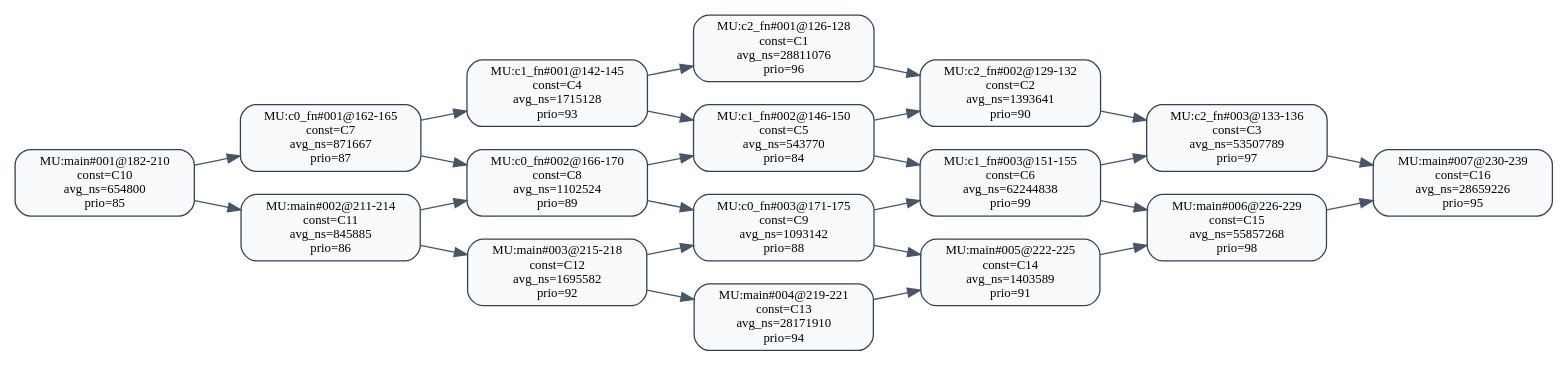
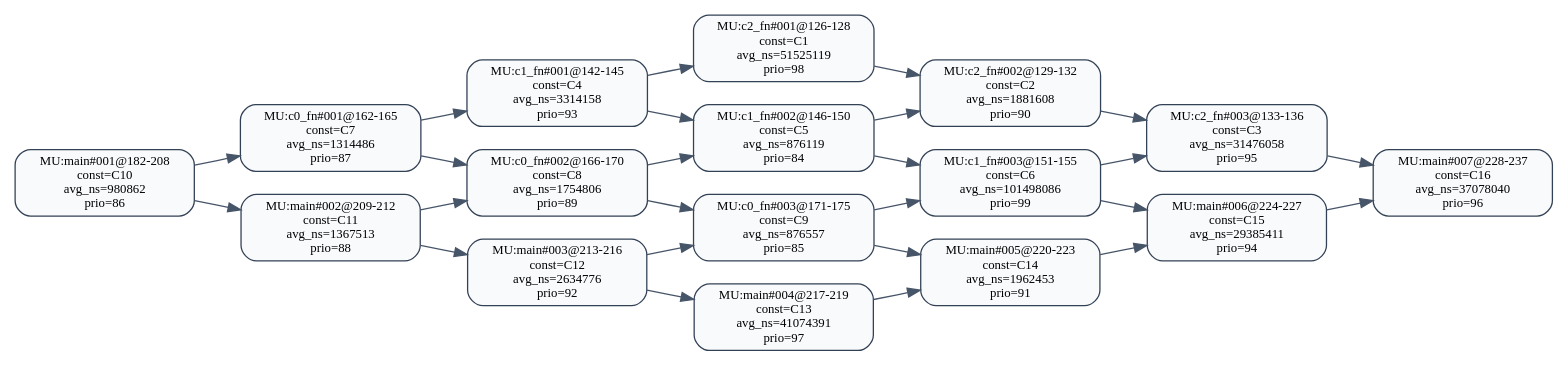
One commit to RTS-SYSU/DAG-Gen changed the diagram in 中间结果/zhang1/pipeline/validation/level2/effective_line_merge/wcet_first/dag_seg_annotated.dot. Above: the diagram before and after it, drawn with Graphviz. The commit also changed 4464 other files, not shown here.

```diff
--- a/中间结果/zhang1/pipeline/validation/level2/effective_line_merge/wcet_first/dag_seg_annotated.dot
+++ b/中间结果/zhang1/pipeline/validation/level2/effective_line_merge/wcet_first/dag_seg_annotated.dot
@@ -1,45 +1,45 @@
 digraph dag_seg_annotated {
   rankdir=LR;
   node [shape=box, style="rounded,filled", fillcolor="#F8FAFC", color="#334155", fontsize=10];
   edge [color="#475569"];
-  "MU:c0_fn#001@162-165" [label="MU:c0_fn#001@162-165\nconst=C7\navg_ns=871667\nprio=87"];
-  "MU:c0_fn#002@166-170" [label="MU:c0_fn#002@166-170\nconst=C8\navg_ns=1102524\nprio=89"];
-  "MU:c0_fn#003@171-175" [label="MU:c0_fn#003@171-175\nconst=C9\navg_ns=1093142\nprio=88"];
-  "MU:c1_fn#001@142-145" [label="MU:c1_fn#001@142-145\nconst=C4\navg_ns=1715128\nprio=93"];
-  "MU:c1_fn#002@146-150" [label="MU:c1_fn#002@146-150\nconst=C5\navg_ns=543770\nprio=84"];
-  "MU:c1_fn#003@151-155" [label="MU:c1_fn#003@151-155\nconst=C6\navg_ns=62244838\nprio=99"];
-  "MU:c2_fn#001@126-128" [label="MU:c2_fn#001@126-128\nconst=C1\navg_ns=28811076\nprio=96"];
-  "MU:c2_fn#002@129-132" [label="MU:c2_fn#002@129-132\nconst=C2\navg_ns=1393641\nprio=90"];
-  "MU:c2_fn#003@133-136" [label="MU:c2_fn#003@133-136\nconst=C3\navg_ns=53507789\nprio=97"];
-  "MU:main#001@182-210" [label="MU:main#001@182-210\nconst=C10\navg_ns=654800\nprio=85"];
-  "MU:main#002@211-214" [label="MU:main#002@211-214\nconst=C11\navg_ns=845885\nprio=86"];
-  "MU:main#003@215-218" [label="MU:main#003@215-218\nconst=C12\navg_ns=1695582\nprio=92"];
-  "MU:main#004@219-221" [label="MU:main#004@219-221\nconst=C13\navg_ns=28171910\nprio=94"];
-  "MU:main#005@222-225" [label="MU:main#005@222-225\nconst=C14\navg_ns=1403589\nprio=91"];
-  "MU:main#006@226-229" [label="MU:main#006@226-229\nconst=C15\navg_ns=55857268\nprio=98"];
-  "MU:main#007@230-239" [label="MU:main#007@230-239\nconst=C16\navg_ns=28659226\nprio=95"];
+  "MU:c0_fn#001@162-165" [label="MU:c0_fn#001@162-165\nconst=C7\navg_ns=1314486\nprio=87"];
+  "MU:c0_fn#002@166-170" [label="MU:c0_fn#002@166-170\nconst=C8\navg_ns=1754806\nprio=89"];
+  "MU:c0_fn#003@171-175" [label="MU:c0_fn#003@171-175\nconst=C9\navg_ns=876557\nprio=85"];
+  "MU:c1_fn#001@142-145" [label="MU:c1_fn#001@142-145\nconst=C4\navg_ns=3314158\nprio=93"];
+  "MU:c1_fn#002@146-150" [label="MU:c1_fn#002@146-150\nconst=C5\navg_ns=876119\nprio=84"];
+  "MU:c1_fn#003@151-155" [label="MU:c1_fn#003@151-155\nconst=C6\navg_ns=101498086\nprio=99"];
+  "MU:c2_fn#001@126-128" [label="MU:c2_fn#001@126-128\nconst=C1\navg_ns=51525119\nprio=98"];
+  "MU:c2_fn#002@129-132" [label="MU:c2_fn#002@129-132\nconst=C2\navg_ns=1881608\nprio=90"];
+  "MU:c2_fn#003@133-136" [label="MU:c2_fn#003@133-136\nconst=C3\navg_ns=31476058\nprio=95"];
+  "MU:main#001@182-208" [label="MU:main#001@182-208\nconst=C10\navg_ns=980862\nprio=86"];
+  "MU:main#002@209-212" [label="MU:main#002@209-212\nconst=C11\navg_ns=1367513\nprio=88"];
+  "MU:main#003@213-216" [label="MU:main#003@213-216\nconst=C12\navg_ns=2634776\nprio=92"];
+  "MU:main#004@217-219" [label="MU:main#004@217-219\nconst=C13\navg_ns=41074391\nprio=97"];
+  "MU:main#005@220-223" [label="MU:main#005@220-223\nconst=C14\navg_ns=1962453\nprio=91"];
+  "MU:main#006@224-227" [label="MU:main#006@224-227\nconst=C15\navg_ns=29385411\nprio=94"];
+  "MU:main#007@228-237" [label="MU:main#007@228-237\nconst=C16\navg_ns=37078040\nprio=96"];
   "MU:c2_fn#001@126-128" -> "MU:c2_fn#002@129-132";
   "MU:c2_fn#002@129-132" -> "MU:c2_fn#003@133-136";
   "MU:c1_fn#001@142-145" -> "MU:c1_fn#002@146-150";
   "MU:c1_fn#002@146-150" -> "MU:c1_fn#003@151-155";
   "MU:c0_fn#001@162-165" -> "MU:c0_fn#002@166-170";
   "MU:c0_fn#002@166-170" -> "MU:c0_fn#003@171-175";
-  "MU:main#001@182-210" -> "MU:main#002@211-214";
-  "MU:main#002@211-214" -> "MU:main#003@215-218";
-  "MU:main#003@215-218" -> "MU:main#004@219-221";
-  "MU:main#004@219-221" -> "MU:main#005@222-225";
-  "MU:main#005@222-225" -> "MU:main#006@226-229";
-  "MU:main#006@226-229" -> "MU:main#007@230-239";
+  "MU:main#001@182-208" -> "MU:main#002@209-212";
+  "MU:main#002@209-212" -> "MU:main#003@213-216";
+  "MU:main#003@213-216" -> "MU:main#004@217-219";
+  "MU:main#004@217-219" -> "MU:main#005@220-223";
+  "MU:main#005@220-223" -> "MU:main#006@224-227";
+  "MU:main#006@224-227" -> "MU:main#007@228-237";
   "MU:c0_fn#001@162-165" -> "MU:c1_fn#001@142-145";
   "MU:c1_fn#001@142-145" -> "MU:c2_fn#001@126-128";
-  "MU:main#001@182-210" -> "MU:c0_fn#001@162-165";
-  "MU:c0_fn#003@171-175" -> "MU:main#005@222-225";
-  "MU:c1_fn#003@151-155" -> "MU:main#006@226-229";
-  "MU:c2_fn#003@133-136" -> "MU:main#007@230-239";
+  "MU:main#001@182-208" -> "MU:c0_fn#001@162-165";
+  "MU:c0_fn#003@171-175" -> "MU:main#005@220-223";
+  "MU:c1_fn#003@151-155" -> "MU:main#006@224-227";
+  "MU:c2_fn#003@133-136" -> "MU:main#007@228-237";
   "MU:c1_fn#002@146-150" -> "MU:c2_fn#002@129-132";
   "MU:c1_fn#003@151-155" -> "MU:c2_fn#003@133-136";
   "MU:c0_fn#002@166-170" -> "MU:c1_fn#002@146-150";
   "MU:c0_fn#003@171-175" -> "MU:c1_fn#003@151-155";
-  "MU:main#002@211-214" -> "MU:c0_fn#002@166-170";
-  "MU:main#003@215-218" -> "MU:c0_fn#003@171-175";
+  "MU:main#002@209-212" -> "MU:c0_fn#002@166-170";
+  "MU:main#003@213-216" -> "MU:c0_fn#003@171-175";
 }
```
